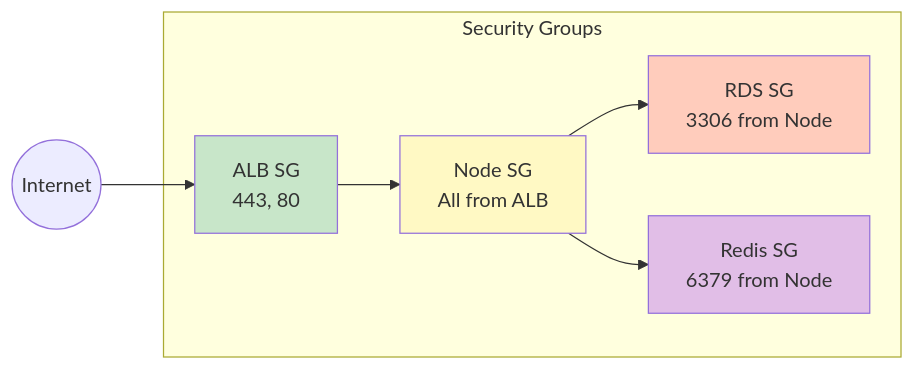
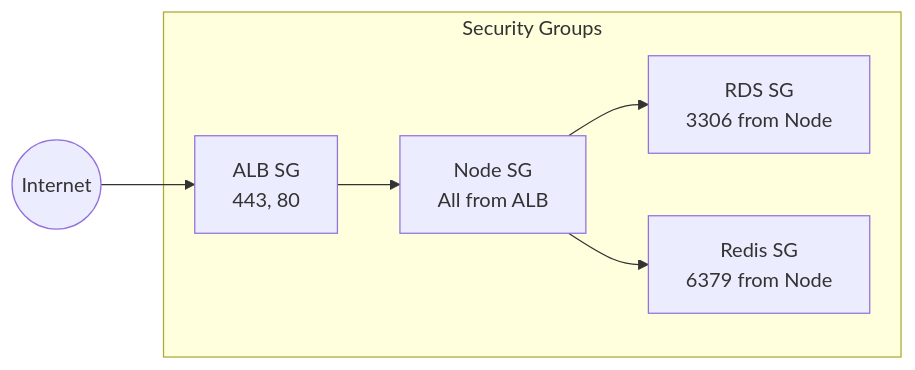
Before and after one commit to JSJ2337/AWS_EKS_terraform_code: the eighth of 9 diagrams in docs/architecture.md, drawn with Mermaid. The commit also changed other lines of this file, not shown here.

Commit message:
fix: Mermaid 다이어그램 컬러 스타일 제거

````diff
--- a/docs/architecture.md
+++ b/docs/architecture.md
@@ -305,20 +273,15 @@
 ```mermaid
 flowchart LR
     Internet((Internet)) --> ALB_SG
 
     subgraph SecurityGroups["Security Groups"]
         ALB_SG[ALB SG<br/>443, 80]
         Node_SG[Node SG<br/>All from ALB]
         RDS_SG[RDS SG<br/>3306 from Node]
         Redis_SG[Redis SG<br/>6379 from Node]
     end
 
     ALB_SG --> Node_SG
     Node_SG --> RDS_SG
     Node_SG --> Redis_SG
-
-    style ALB_SG fill:#c8e6c9
-    style Node_SG fill:#fff9c4
-    style RDS_SG fill:#ffccbc
-    style Redis_SG fill:#e1bee7
 ```
````
